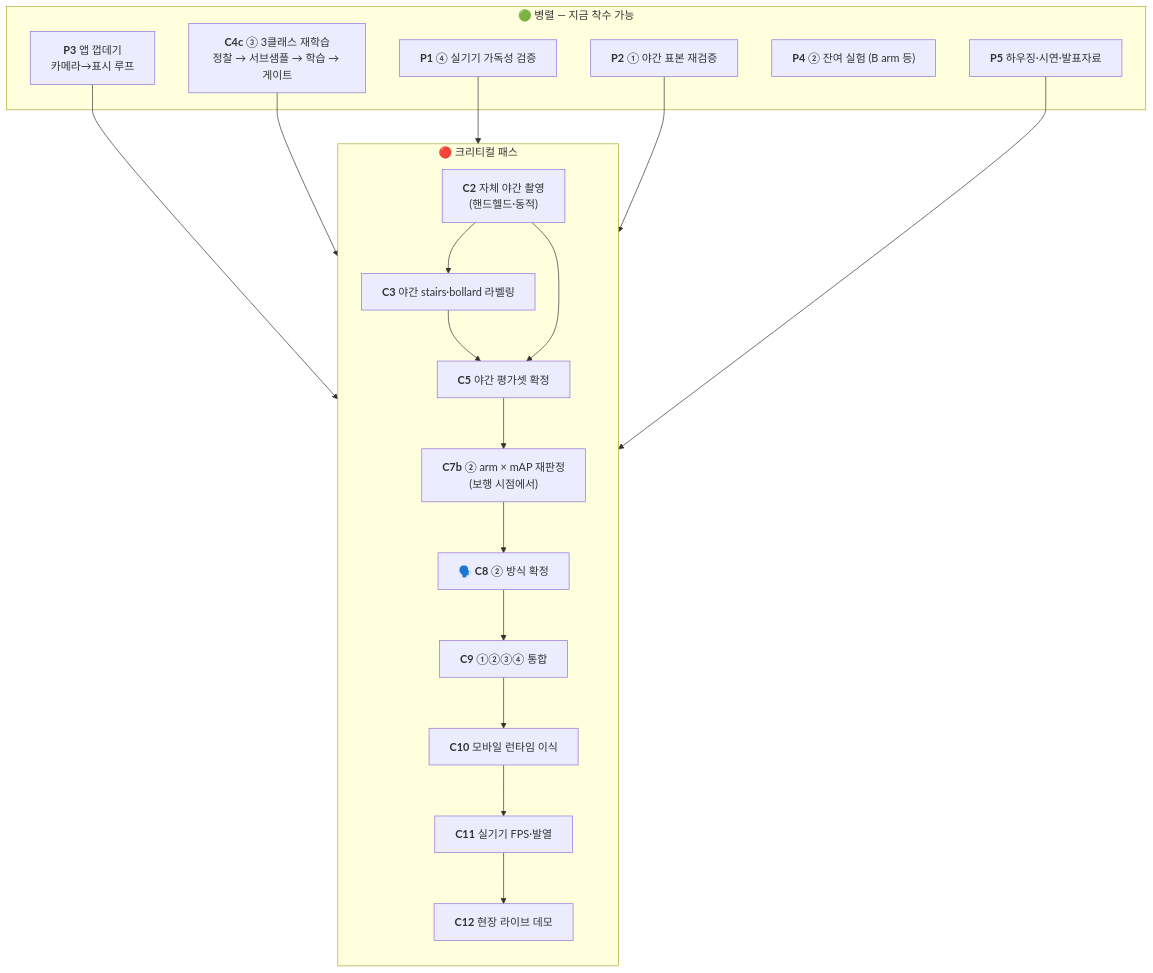
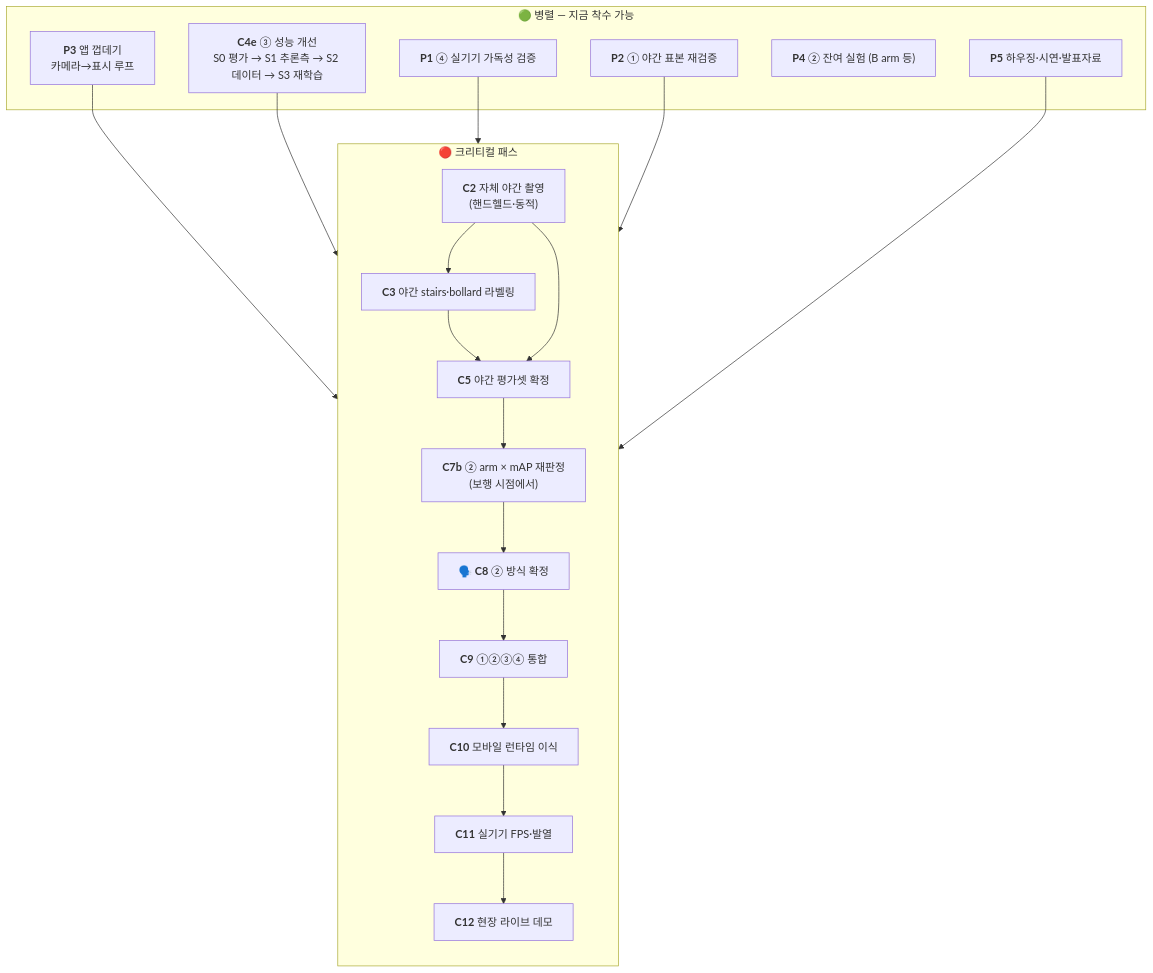
One commit to kty2001/KDT_Hackathon changed the diagram in docs/TODO.md. Above: the diagram before and after it, drawn with Mermaid. The commit also changed other lines of this file and 3 other files, not shown here.

````diff
--- a/docs/TODO.md
+++ b/docs/TODO.md
@@ -42,33 +44,33 @@
 ```mermaid
 flowchart TD
     subgraph CP["🔴 크리티컬 패스"]
         direction TB
         C2["<b>C2</b> 자체 야간 촬영<br/>(핸드헬드·동적)"]
         C3["<b>C3</b> 야간 stairs·bollard 라벨링"]
         C5["<b>C5</b> 야간 평가셋 확정"]
         C7b["<b>C7b</b> ② arm × mAP 재판정<br/>(보행 시점에서)"]
         C8["🗣️ <b>C8</b> ② 방식 확정"]
         C9["<b>C9</b> ①②③④ 통합"]
         C10["<b>C10</b> 모바일 런타임 이식"]
         C11["<b>C11</b> 실기기 FPS·발열"]
         C12["<b>C12</b> 현장 라이브 데모"]
 
         C2 --> C3 --> C5 --> C7b --> C8 --> C9 --> C10 --> C11 --> C12
         C2 --> C5
     end
 
     subgraph PAR["🟢 병렬 — 지금 착수 가능"]
         N3["<b>P3</b> 앱 껍데기<br/>카메라→표시 루프"]
-        N4c["<b>C4c</b> ③ 3클래스 재학습<br/>정찰 → 서브샘플 → 학습 → 게이트"]
+        N4c["<b>C4e</b> ③ 성능 개선<br/>S0 평가 → S1 추론측 → S2 데이터 → S3 재학습"]
         N1["<b>P1</b> ④ 실기기 가독성 검증"]
         N2["<b>P2</b> ① 야간 표본 재검증"]
         N4["<b>P4</b> ② 잔여 실험 (B arm 등)"]
         N5["<b>P5</b> 하우징·시연·발표자료"]
     end
 
     N3 --> C9
     N4c --> C7b
     N1 --> C9
     N2 --> C9
     N5 --> C11
 ```
````
